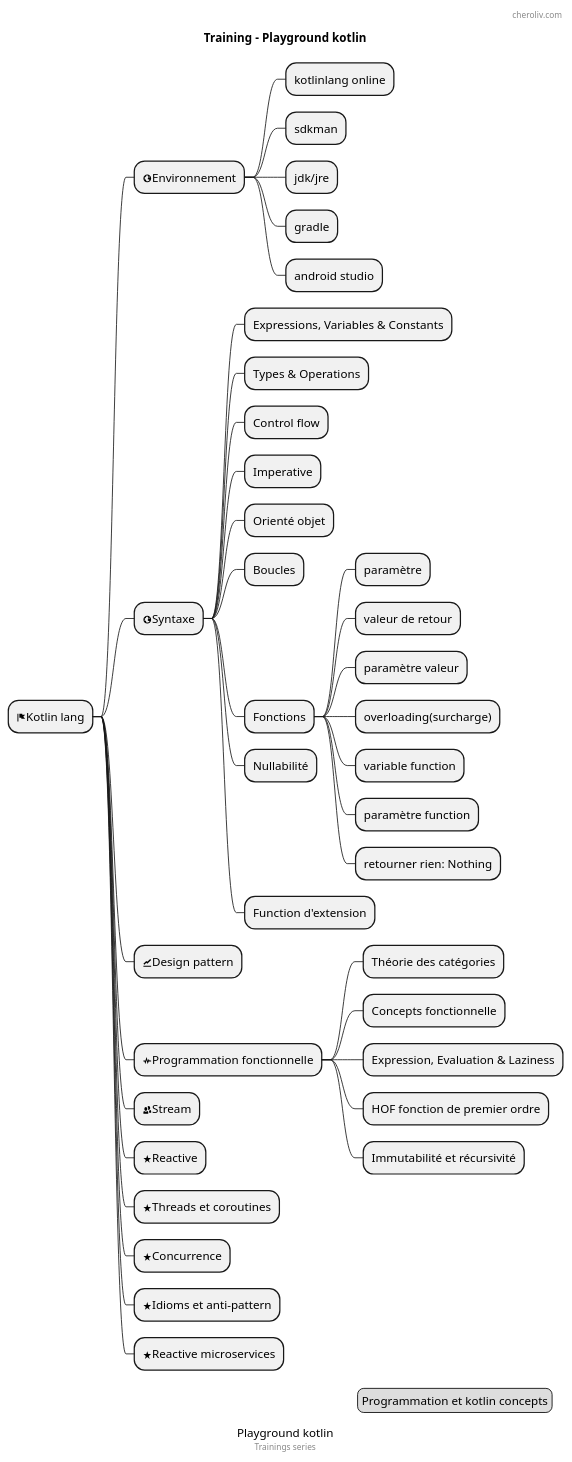
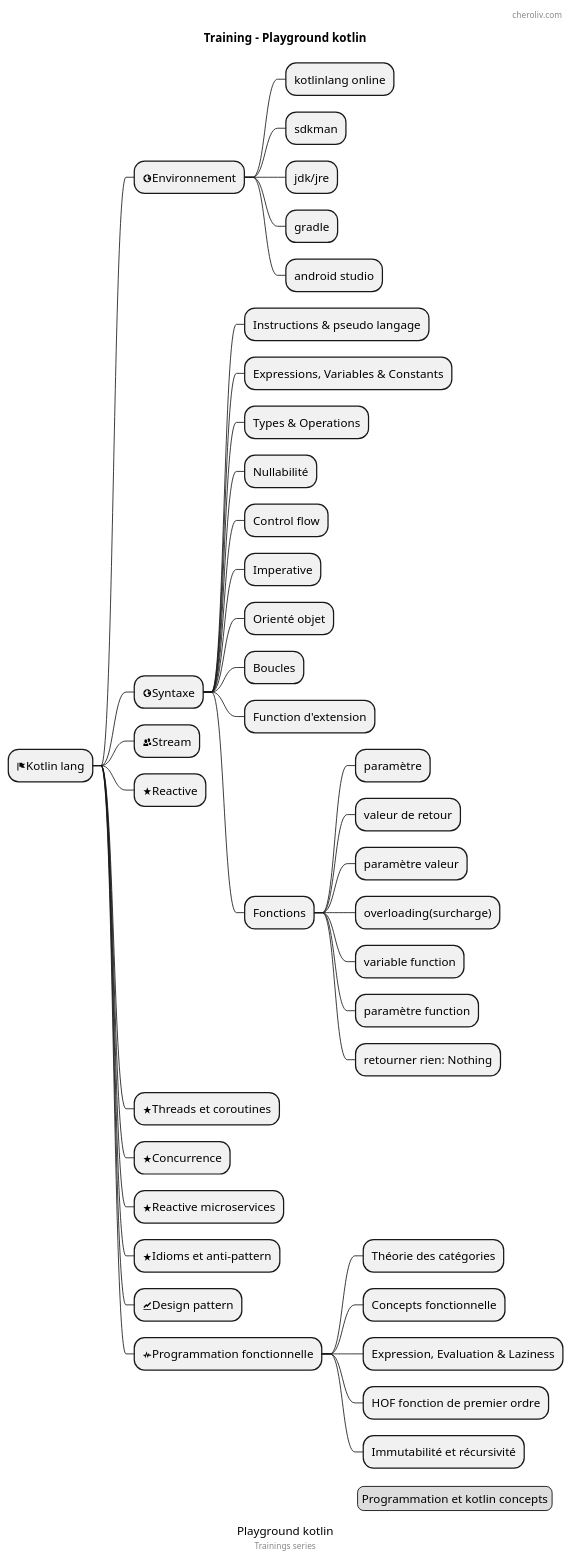
One commit to cheroliv/cheroliv.com changed the diagram in diagrams/training_kotlin.puml. Above: the diagram before and after it, drawn with PlantUML. The commit also changed 8 other files, not shown here.

```diff
--- a/diagrams/training_kotlin.puml
+++ b/diagrams/training_kotlin.puml
@@ -1,57 +1,58 @@
 @startmindmap
 'https://plantuml.com/mindmap-diagram
 
 caption Playground kotlin
 title Training - Playground kotlin
 
 * <&flag>Kotlin lang
 
 ** <&globe>Environnement
 *** kotlinlang online
 *** sdkman
 *** jdk/jre
 *** gradle
 *** android studio
 
 ** <&globe>Syntaxe
+*** Instructions & pseudo langage
 *** Expressions, Variables & Constants
 *** Types & Operations
+*** Nullabilité
 *** Control flow
 *** Imperative
 *** Orienté objet
 *** Boucles
+*** Function d'extension
 *** Fonctions
 **** paramètre
 **** valeur de retour
 **** paramètre valeur
 **** overloading(surcharge)
 **** variable function
 **** paramètre function
 **** retourner rien: Nothing
-*** Nullabilité
-*** Function d'extension
+** <&people>Stream
+** <&star>Reactive
+** <&star>Threads et coroutines
+** <&star>Concurrence
+** <&star>Reactive microservices
+** <&star>Idioms et anti-pattern
 ** <&graph>Design pattern
 ** <&pulse>Programmation fonctionnelle
 *** Théorie des catégories
 *** Concepts fonctionnelle
 *** Expression, Evaluation & Laziness
 *** HOF fonction de premier ordre
 *** Immutabilité et récursivité
-** <&people>Stream
-** <&star>Reactive
-** <&star>Threads et coroutines
-** <&star>Concurrence
-** <&star>Idioms et anti-pattern
-** <&star>Reactive microservices
 
 
 header
     cheroliv.com
 endheader
 
 center footer Trainings series
 
 legend right
   Programmation et kotlin concepts
 endlegend
 @endmindmap
```
